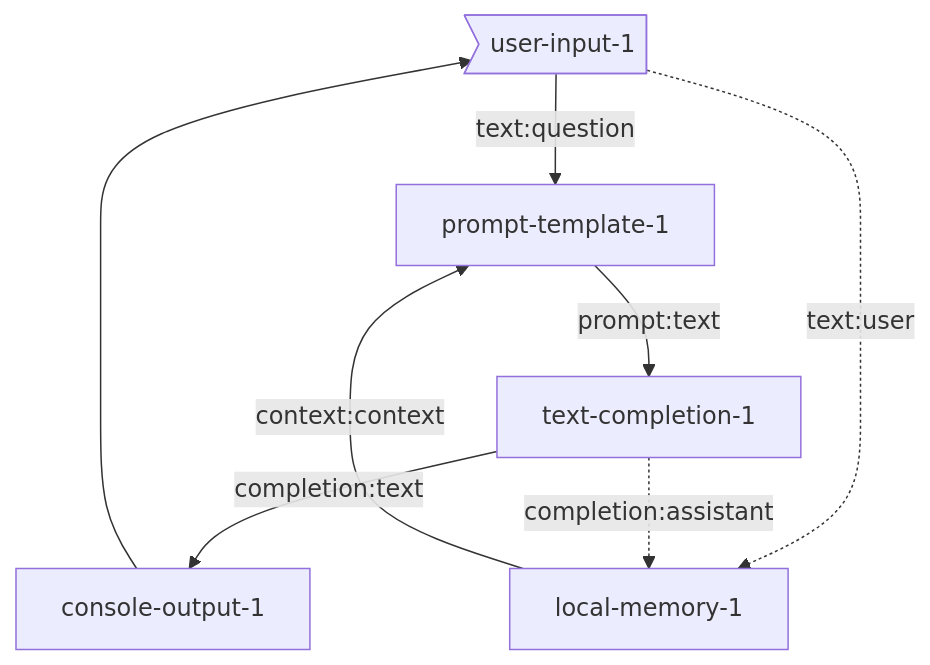
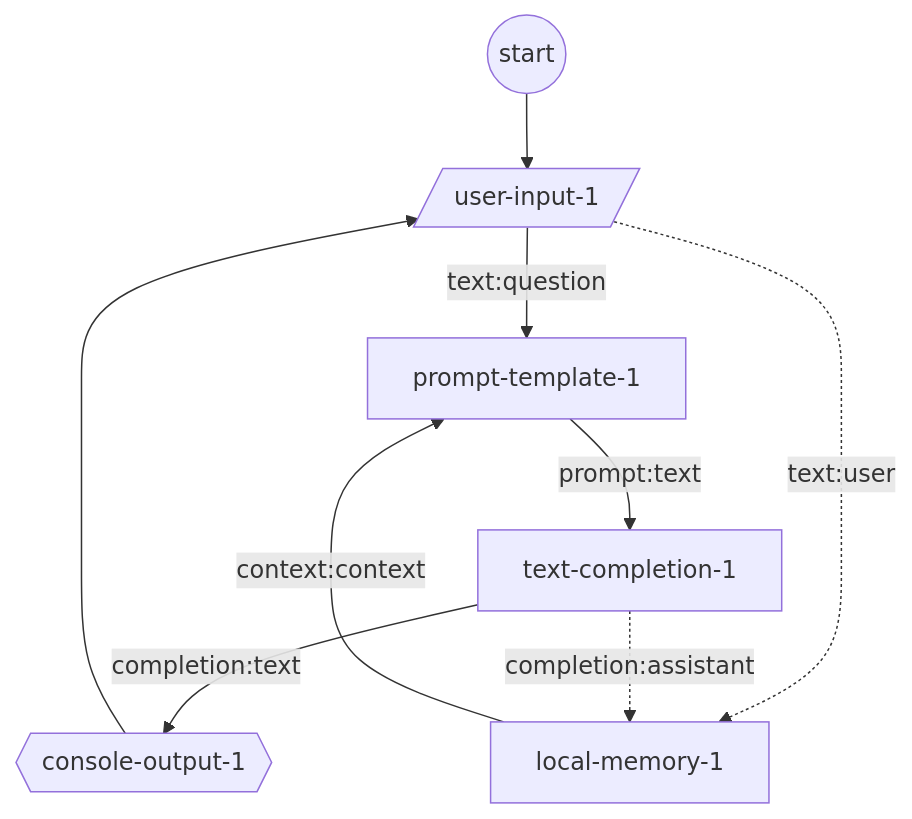
One commit to breadboard-ai/breadboard changed the diagram in seeds/graph-playground/docs/graphs/accumulating-context.md. Above: the diagram before and after it, drawn with Mermaid. The commit also changed 11 other files, not shown here.

Commit message:
[graph-playground] Update diagrams.

````diff
--- a/seeds/graph-playground/docs/graphs/accumulating-context.md
+++ b/seeds/graph-playground/docs/graphs/accumulating-context.md
@@ -4,10 +4,11 @@
 ```mermaid
 graph TD;
-user-input-1>user-input-1] -- text:question --> prompt-template-1
+start((start)) --> user-input-1[/user-input-1/]
+user-input-1[/user-input-1/] -- text:question --> prompt-template-1
 prompt-template-1 -- prompt:text --> text-completion-1
-text-completion-1 -- completion:text --> console-output-1
-user-input-1 -. text:user .-> local-memory-1
+text-completion-1 -- completion:text --> console-output-1{{console-output-1}}
+user-input-1[/user-input-1/] -. text:user .-> local-memory-1
 text-completion-1 -. completion:assistant .-> local-memory-1
-console-output-1 --> user-input-1
+console-output-1{{console-output-1}} --> user-input-1[/user-input-1/]
 local-memory-1 -- context:context --> prompt-template-1
 ```
````
